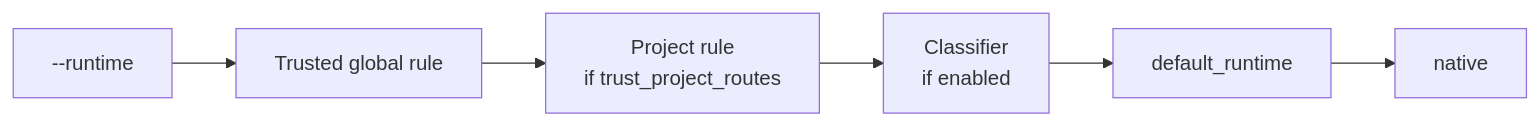
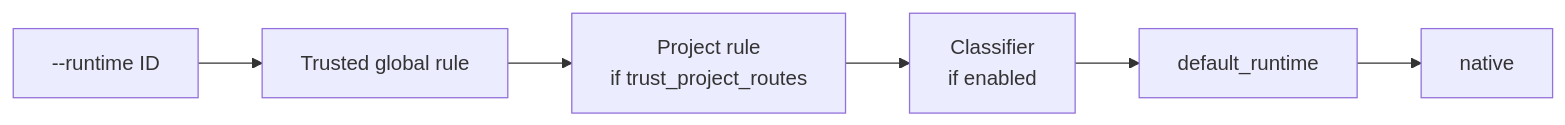
Before and after one commit to Darshan2104/Garuda-openagent: the second of 2 diagrams in docs/guides/configuration.md, drawn with Mermaid. The commit also changed other lines of this file and 20 other files, not shown here.

````diff
--- a/docs/guides/configuration.md
+++ b/docs/guides/configuration.md
@@ -179,4 +183,4 @@
 ```mermaid
 flowchart LR
-  a["--runtime"] --> b["Trusted global rule"] --> c["Project rule<br/>if trust_project_routes"] --> d["Classifier<br/>if enabled"] --> e["default_runtime"] --> f["native"]
+  a["--runtime ID"] --> b["Trusted global rule"] --> c["Project rule<br/>if trust_project_routes"] --> d["Classifier<br/>if enabled"] --> e["default_runtime"] --> f["native"]
 ```
````
